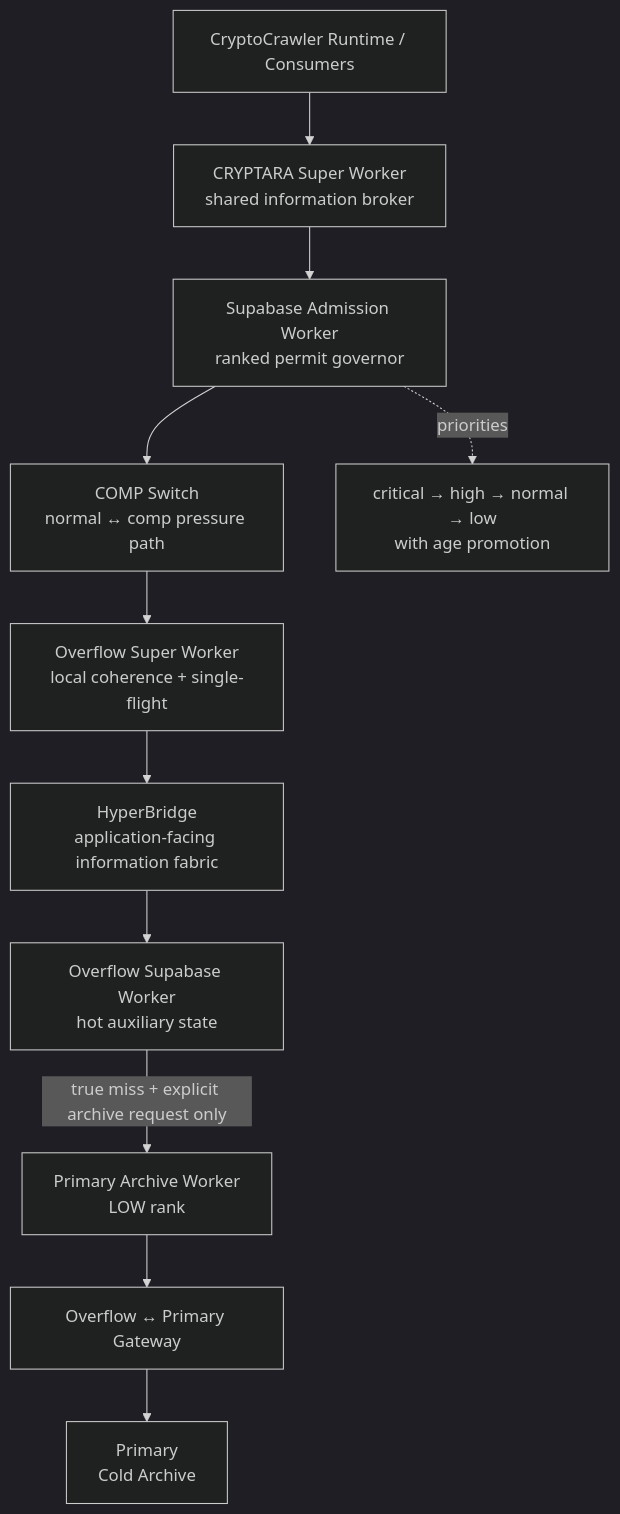
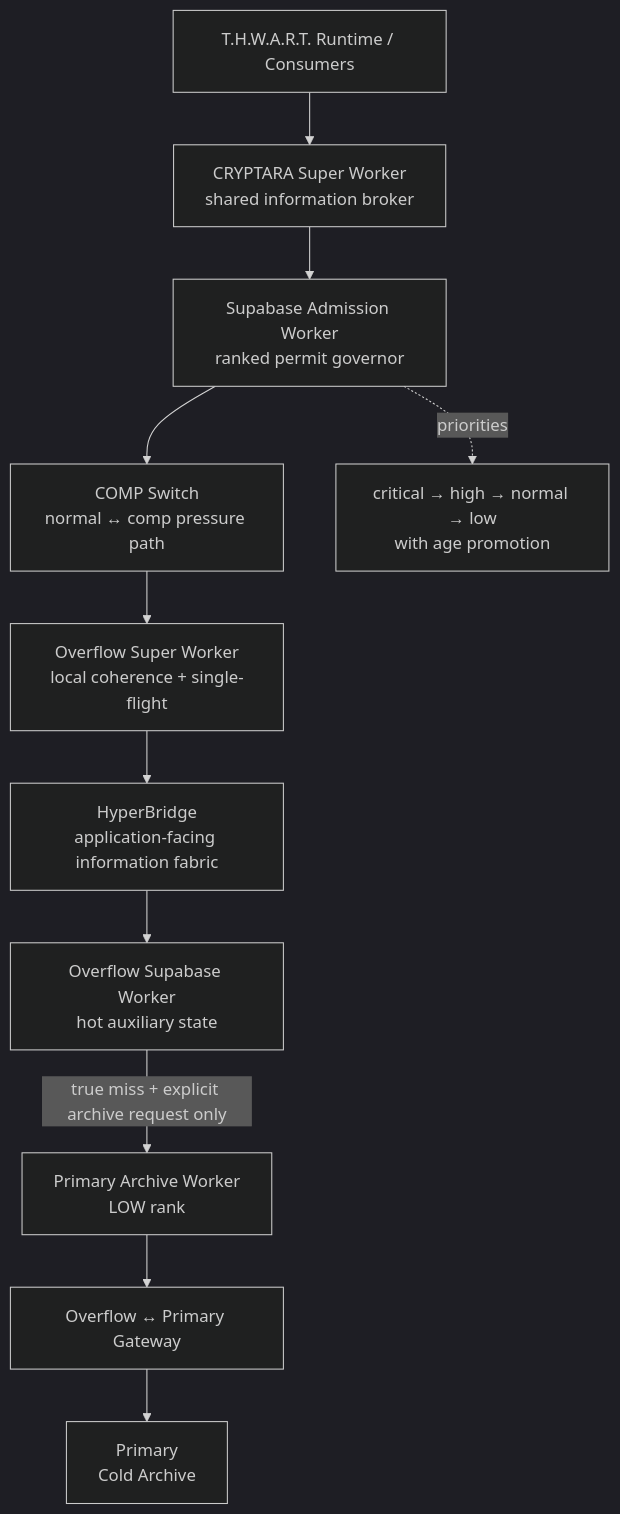
Diagram 12 of 20 in README.md (Rjdclink/Bad-Blue), drawn with Mermaid (dark theme) before and after one commit. The commit also changed other lines of this file, not shown here.

Commit message:
Rename CryptoCrawler to T.H.W.A.R.T. in README

````diff
--- a/README.md
+++ b/README.md
@@ -854,17 +854,17 @@
 ```mermaid
 flowchart TD
-    APP["CryptoCrawler Runtime / Consumers"] --> SUPER["CRYPTARA Super Worker\nshared information broker"]
+    APP["T.H.W.A.R.T. Runtime / Consumers"] --> SUPER["CRYPTARA Super Worker\nshared information broker"]
 
     SUPER --> ADMIT["Supabase Admission Worker\nranked permit governor"]
     ADMIT --> SWITCH["COMP Switch\nnormal ↔ comp pressure path"]
 
     SWITCH --> OWS["Overflow Super Worker\nlocal coherence + single-flight"]
     OWS --> HYPER["HyperBridge\napplication-facing information fabric"]
     HYPER --> OVER["Overflow Supabase Worker\nhot auxiliary state"]
 
     OVER -->|"true miss + explicit archive request only"| ARCH["Primary Archive Worker\nLOW rank"]
     ARCH --> GATE["Overflow ↔ Primary Gateway"]
     GATE --> PRIMARY["Primary\nCold Archive"]
 
     ADMIT -. priorities .-> P["critical → high → normal → low\nwith age promotion"]
 ```
````
